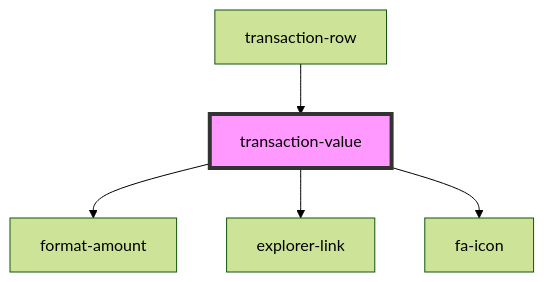
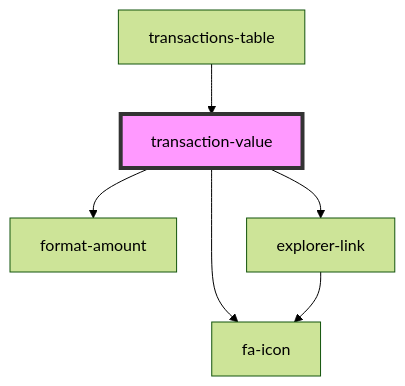
The diagram in src/components/transactions-table/components/transaction-value/readme.md (multiversx/mx-sdk-dapp-ui), drawn with Mermaid (forest theme) before and after one commit. The commit also changed other lines of this file and 54 other files, not shown here.

Commit message:
Added transactions table styling

````diff
--- a/src/components/transactions-table/components/transaction-value/readme.md
+++ b/src/components/transactions-table/components/transaction-value/readme.md
@@ -29,8 +29,9 @@
 ```mermaid
 graph TD;
   transaction-value --> format-amount
   transaction-value --> explorer-link
   transaction-value --> fa-icon
-  transaction-row --> transaction-value
+  explorer-link --> fa-icon
+  transactions-table --> transaction-value
   style transaction-value fill:#f9f,stroke:#333,stroke-width:4px
 ```
````
